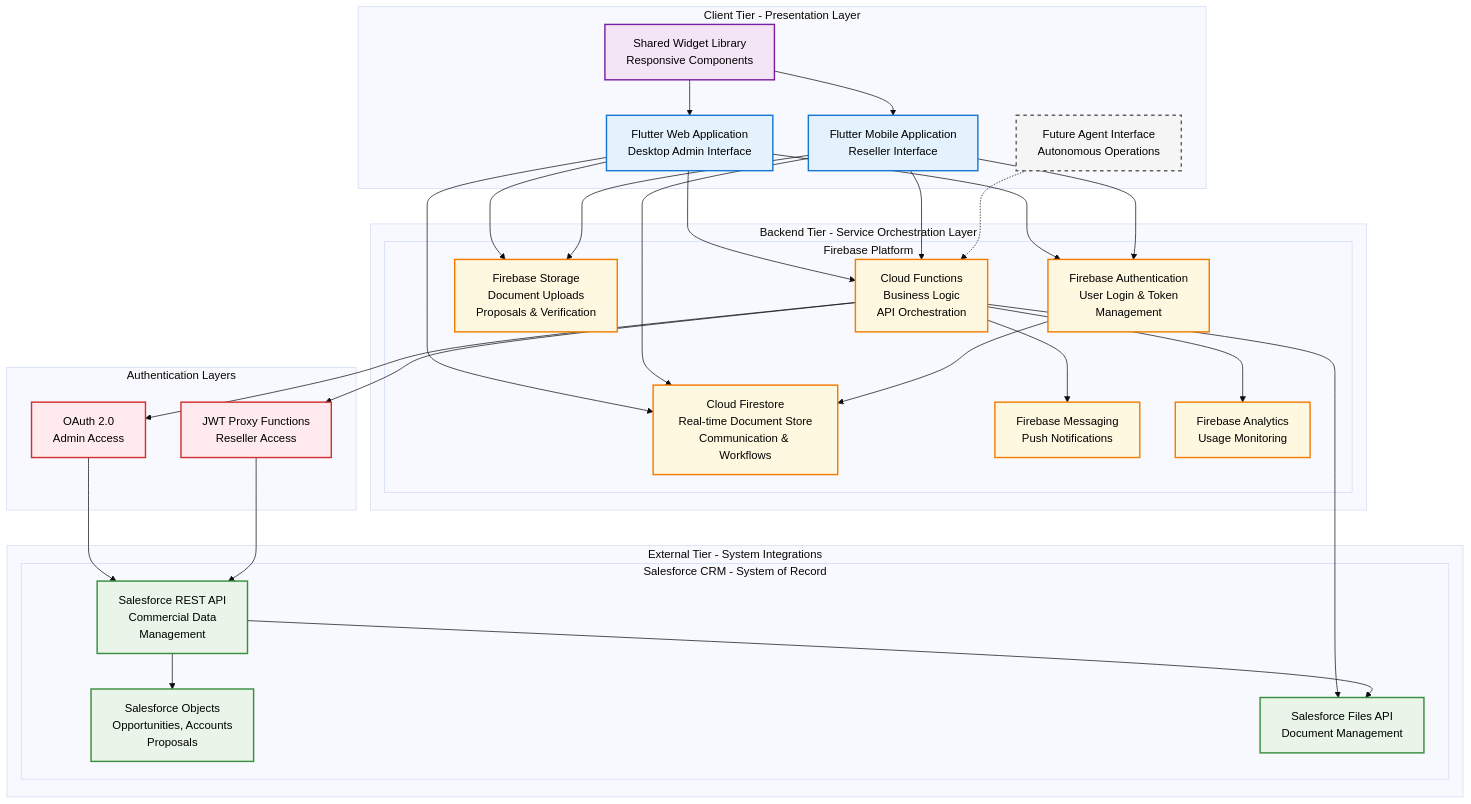
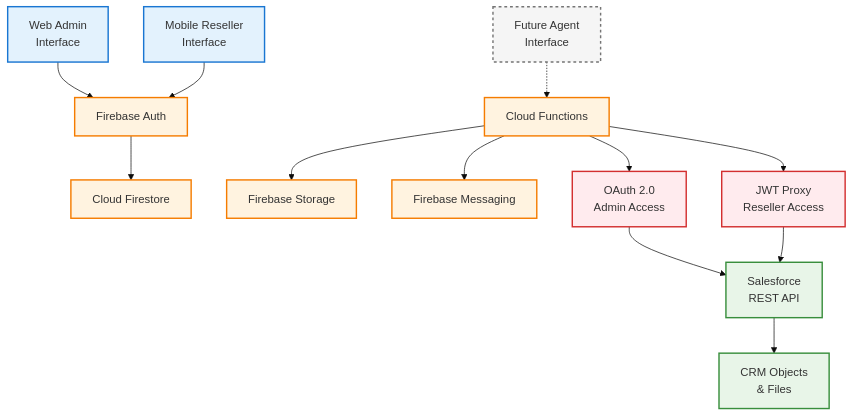
One commit to rodrigocastrolima/twogetherapp changed the diagram in docs/twogether_architecture_diagram.md. Above: the diagram before and after it, drawn with Mermaid (base theme).

Commit message:
diagram v3

````diff
--- a/docs/twogether_architecture_diagram.md
+++ b/docs/twogether_architecture_diagram.md
@@ -5,79 +5,51 @@
 ```mermaid
-graph TB
-    subgraph Client["Client Tier - Presentation Layer"]
-        A["Flutter Web Application<br/>Desktop Admin Interface"]
-        B["Flutter Mobile Application<br/>Reseller Interface"]
-        C["Shared Widget Library<br/>Responsive Components"]
-        D["Future Agent Interface<br/>Autonomous Operations"]
-    end
+graph TD
+    %% Client Tier
+    A["Web Admin<br/>Interface"] 
+    B["Mobile Reseller<br/>Interface"]
+    C["Future Agent<br/>Interface"]
     
-    subgraph Backend["Backend Tier - Service Orchestration Layer"]
-        subgraph Firebase["Firebase Platform"]
-            E["Firebase Authentication<br/>User Login & Token<br/>Management"]
-            F["Cloud Firestore<br/>Real-time Document Store<br/>Communication & Workflows"]
-            G["Firebase Storage<br/>Document Uploads<br/>Proposals & Verification"]
-            H["Cloud Functions<br/>Business Logic<br/>API Orchestration"]
-            I["Firebase Messaging<br/>Push Notifications"]
-            J["Firebase Analytics<br/>Usage Monitoring"]
-        end
-    end
+    %% Firebase Backend Services  
+    D["Firebase Auth"]
+    E["Cloud Firestore"]
+    F["Firebase Storage"] 
+    G["Cloud Functions"]
+    H["Firebase Messaging"]
     
-    subgraph External["External Tier - System Integrations"]
-        subgraph Salesforce["Salesforce CRM - System of Record"]
-            K["Salesforce REST API<br/>Commercial Data<br/>Management"]
-            L["Salesforce Objects<br/>Opportunities, Accounts<br/>Proposals"]
-            M["Salesforce Files API<br/>Document Management"]
-        end
-    end
+    %% Authentication Layer
+    I["OAuth 2.0<br/>Admin Access"]
+    J["JWT Proxy<br/>Reseller Access"]
     
-    subgraph Auth["Authentication Layers"]
-        P["OAuth 2.0<br/>Admin Access"]
-        Q["JWT Proxy Functions<br/>Reseller Access"]
-    end
+    %% Salesforce CRM
+    K["Salesforce<br/>REST API"]
+    L["CRM Objects<br/>& Files"]
     
-    %% Client to Backend Connections
-    A --> E
-    A --> F
-    A --> G
-    A --> H
-    B --> E
-    B --> F
-    B --> G
-    B --> H
-    C --> A
-    C --> B
-    D -.-> H
+    %% Connections - Clean Hierarchy
+    A --> D
+    B --> D
+    C -.-> G
     
-    %% Backend Internal Connections
-    E --> F
-    H --> I
-    H --> J
+    D --> E
+    G --> H
+    G --> F
     
-    %% Backend to External Connections
-    H --> P
-    H --> Q
-    P --> K
-    Q --> K
-    H --> M
+    G --> I
+    G --> J
+    I --> K
+    J --> K
+    K --> L
     
-    %% Salesforce Internal Connections
-    K --> L
-    K --> M
-    
-    %% Professional Styling for Thesis
-    style A fill:#e3f2fd,stroke:#1976d2,stroke-width:2px,color:#000
-    style B fill:#e3f2fd,stroke:#1976d2,stroke-width:2px,color:#000
-    style C fill:#f3e5f5,stroke:#7b1fa2,stroke-width:2px,color:#000
-    style D fill:#f5f5f5,stroke:#616161,stroke-width:2px,stroke-dasharray:5 5,color:#000
-    style E fill:#fff8e1,stroke:#f57c00,stroke-width:2px,color:#000
-    style F fill:#fff8e1,stroke:#f57c00,stroke-width:2px,color:#000
-    style G fill:#fff8e1,stroke:#f57c00,stroke-width:2px,color:#000
-    style H fill:#fff8e1,stroke:#f57c00,stroke-width:2px,color:#000
-    style I fill:#fff8e1,stroke:#f57c00,stroke-width:2px,color:#000
-    style J fill:#fff8e1,stroke:#f57c00,stroke-width:2px,color:#000
-    style K fill:#e8f5e8,stroke:#388e3c,stroke-width:2px,color:#000
-    style L fill:#e8f5e8,stroke:#388e3c,stroke-width:2px,color:#000
-    style M fill:#e8f5e8,stroke:#388e3c,stroke-width:2px,color:#000
-    style P fill:#ffebee,stroke:#d32f2f,stroke-width:2px,color:#000
-    style Q fill:#ffebee,stroke:#d32f2f,stroke-width:2px,color:#000
+    %% Clean Professional Styling
+    style A fill:#e3f2fd,stroke:#1976d2,stroke-width:2px
+    style B fill:#e3f2fd,stroke:#1976d2,stroke-width:2px
+    style C fill:#f5f5f5,stroke:#757575,stroke-width:2px,stroke-dasharray:4 4
+    style D fill:#fff3e0,stroke:#f57c00,stroke-width:2px
+    style E fill:#fff3e0,stroke:#f57c00,stroke-width:2px
+    style F fill:#fff3e0,stroke:#f57c00,stroke-width:2px
+    style G fill:#fff3e0,stroke:#f57c00,stroke-width:2px
+    style H fill:#fff3e0,stroke:#f57c00,stroke-width:2px
+    style I fill:#ffebee,stroke:#d32f2f,stroke-width:2px
+    style J fill:#ffebee,stroke:#d32f2f,stroke-width:2px
+    style K fill:#e8f5e8,stroke:#388e3c,stroke-width:2px
+    style L fill:#e8f5e8,stroke:#388e3c,stroke-width:2px
 ```
````
